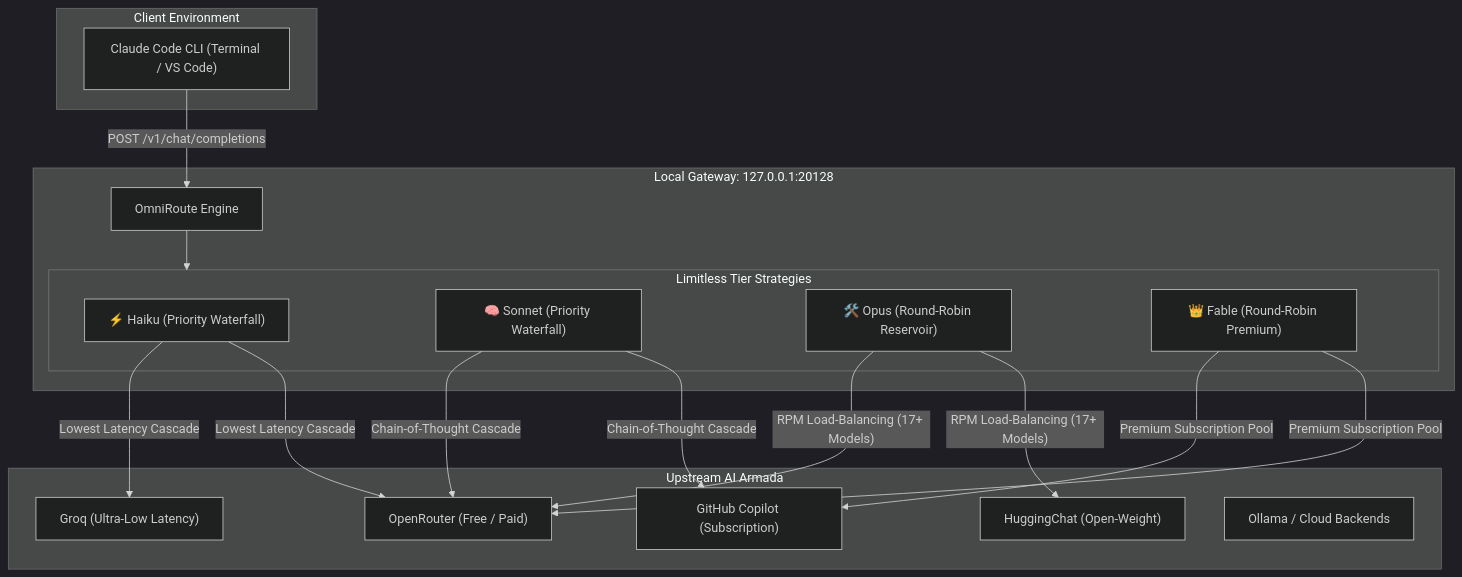
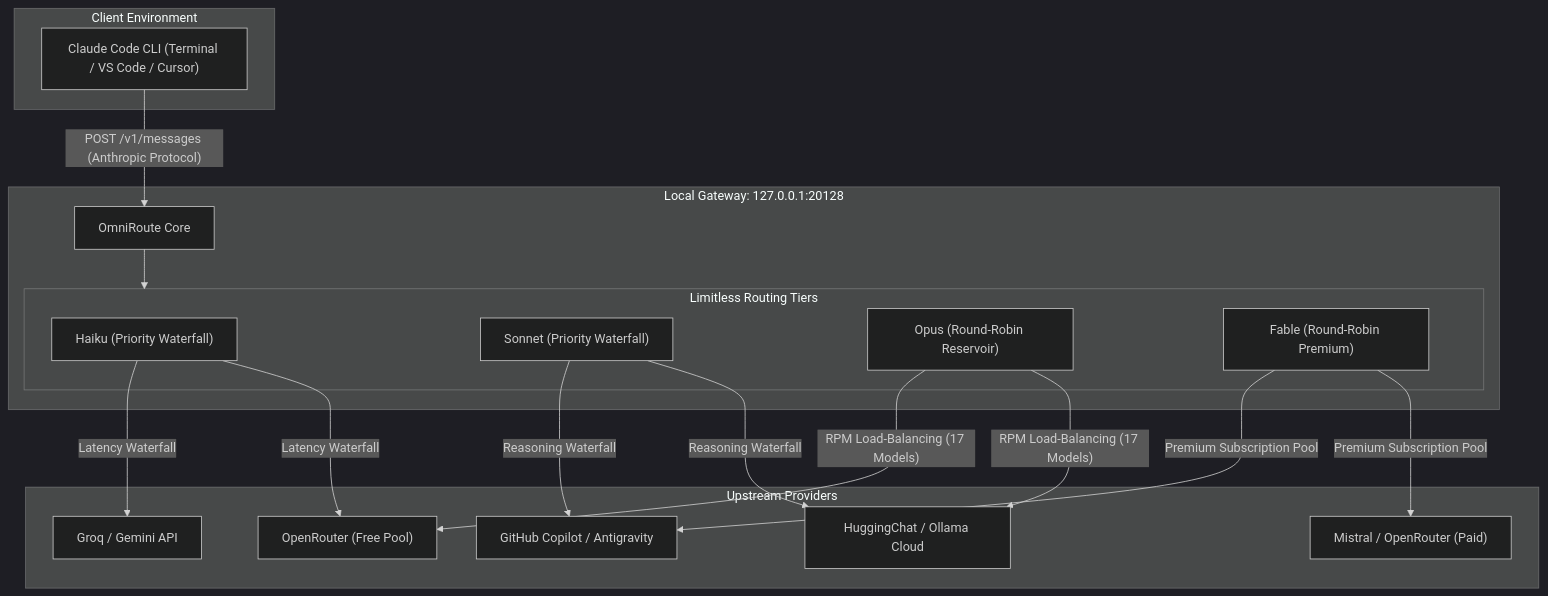
One commit to mahik504/limitless-claude changed the first of 2 diagrams in README.md. Above: the diagram before and after it, drawn with Mermaid (dark theme). The commit also changed other lines of this file and 16 other files, not shown here.

````diff
--- a/README.md
+++ b/README.md
@@ -44,31 +38,31 @@
 ```mermaid
 flowchart TD
     subgraph Client ["Client Environment"]
-        CC["Claude Code CLI (Terminal / VS Code)"]
+        CC["Claude Code CLI (Terminal / VS Code / Cursor)"]
     end
 
-    subgraph Proxy ["Local Gateway: 127.0.0.1:20128"]
-        OR["OmniRoute Engine"]
-        subgraph Combos ["Limitless Tier Strategies"]
-            H["⚡ Haiku (Priority Waterfall)"]
-            S["🧠 Sonnet (Priority Waterfall)"]
-            O["🛠️ Opus (Round-Robin Reservoir)"]
-            F["👑 Fable (Round-Robin Premium)"]
+    subgraph Gateway ["Local Gateway: 127.0.0.1:20128"]
+        OR["OmniRoute Core"]
+        subgraph Tiers ["Limitless Routing Tiers"]
+            H["Haiku (Priority Waterfall)"]
+            S["Sonnet (Priority Waterfall)"]
+            O["Opus (Round-Robin Reservoir)"]
+            F["Fable (Round-Robin Premium)"]
         end
     end
 
-    subgraph Providers ["Upstream AI Armada"]
-        P1["OpenRouter (Free / Paid)"]
-        P2["HuggingChat (Open-Weight)"]
-        P3["GitHub Copilot (Subscription)"]
-        P4["Groq (Ultra-Low Latency)"]
-        P5["Ollama / Cloud Backends"]
+    subgraph Providers ["Upstream Providers"]
+        P1["Groq / Gemini API"]
+        P2["GitHub Copilot / Antigravity"]
+        P3["OpenRouter (Free Pool)"]
+        P4["HuggingChat / Ollama Cloud"]
+        P5["Mistral / OpenRouter (Paid)"]
     end
 
-    CC -->|"POST /v1/chat/completions"| OR
-    OR --> Combos
-    H -->|"Lowest Latency Cascade"| P4 & P1
-    S -->|"Chain-of-Thought Cascade"| P1 & P3
-    O -->|"RPM Load-Balancing (17+ Models)"| P1 & P2
-    F -->|"Premium Subscription Pool"| P3 & P1
+    CC -->|"POST /v1/messages (Anthropic Protocol)"| OR
+    OR --> Tiers
+    H -->|"Latency Waterfall"| P1 & P3
+    S -->|"Reasoning Waterfall"| P2 & P4
+    O -->|"RPM Load-Balancing (17 Models)"| P3 & P4
+    F -->|"Premium Subscription Pool"| P2 & P5
 ```
````
